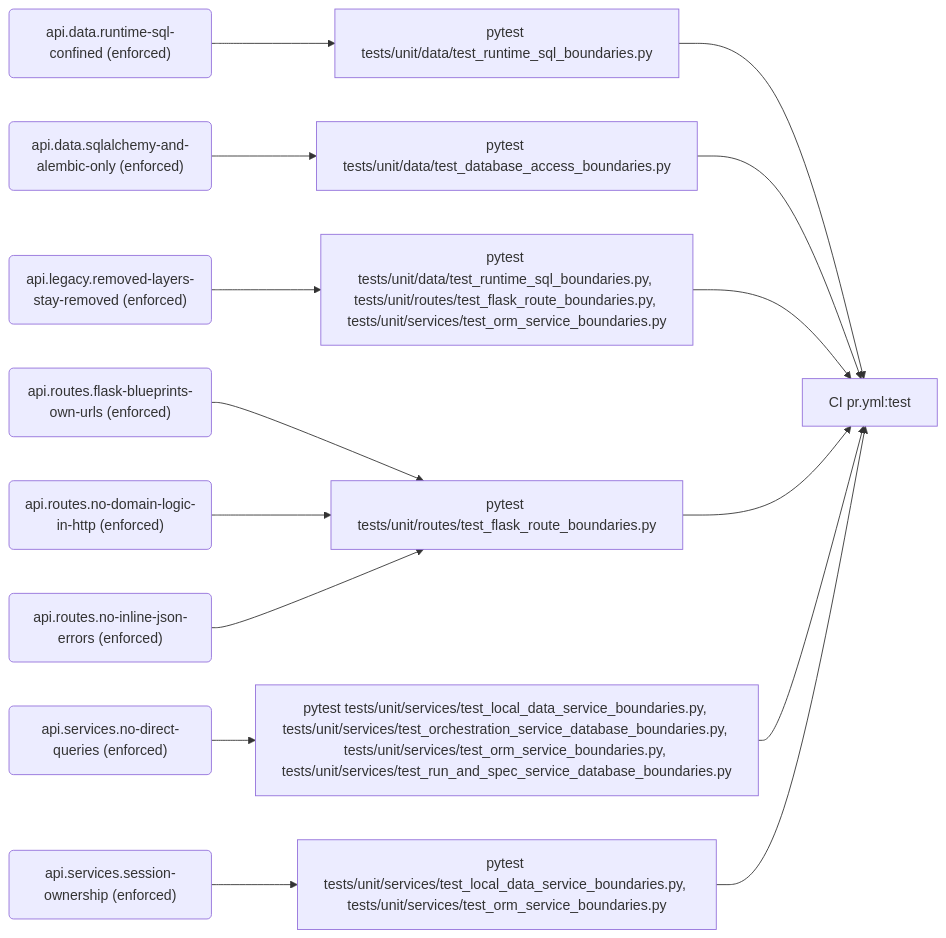
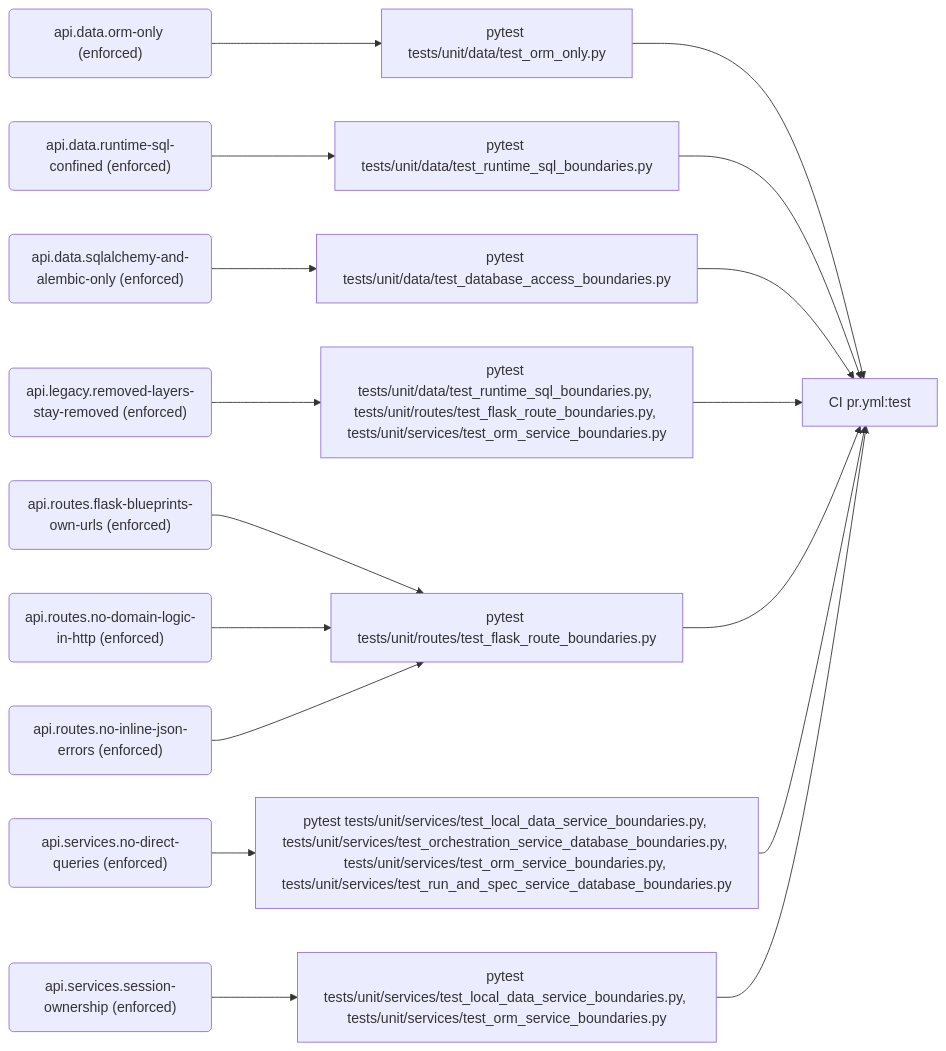
The second of 12 diagrams in docs/generated/rules.md (PolicyEngine/policyengine-api), drawn with Mermaid before and after one commit. The commit also changed other lines of this file and 9 other files, not shown here.

````diff
--- a/docs/generated/rules.md
+++ b/docs/generated/rules.md
@@ -176,32 +178,36 @@
 ```mermaid
 flowchart LR
+  r_api_data_orm_only("api.data.orm-only (enforced)")
+  e_pytest_tests_unit_data_test_orm_only_py["pytest tests/unit/data/test_orm_only.py"]
+  j_CI_pr_yml_test["CI pr.yml:test"]
   r_api_data_runtime_sql_confined("api.data.runtime-sql-confined (enforced)")
   e_pytest_tests_unit_data_test_runtime_sql_boundaries_py["pytest tests/unit/data/test_runtime_sql_boundaries.py"]
-  j_CI_pr_yml_test["CI pr.yml:test"]
   r_api_data_sqlalchemy_and_alembic_only("api.data.sqlalchemy-and-alembic-only (enforced)")
   e_pytest_tests_unit_data_test_database_access_boundaries_py["pytest tests/unit/data/test_database_access_boundaries.py"]
   r_api_legacy_removed_layers_stay_removed("api.legacy.removed-layers-stay-removed (enforced)")
   e_pytest_tests_unit_data_test_runtime_sql_boundaries_py__tests_unit_routes_test_flask_route_boundaries_py__tests_unit_services_test_orm_service_boundaries_py["pytest tests/unit/data/test_runtime_sql_boundaries.py, tests/unit/routes/test_flask_route_boundaries.py, tests/unit/services/test_orm_service_boundaries.py"]
   r_api_routes_flask_blueprints_own_urls("api.routes.flask-blueprints-own-urls (enforced)")
   e_pytest_tests_unit_routes_test_flask_route_boundaries_py["pytest tests/unit/routes/test_flask_route_boundaries.py"]
   r_api_routes_no_domain_logic_in_http("api.routes.no-domain-logic-in-http (enforced)")
   r_api_routes_no_inline_json_errors("api.routes.no-inline-json-errors (enforced)")
   r_api_services_no_direct_queries("api.services.no-direct-queries (enforced)")
   e_pytest_tests_unit_services_test_local_data_service_boundaries_py__tests_unit_services_test_orchestration_service_database_boundaries_py__tests_unit_services_test_orm_service_boundaries_py__tests_unit_services_test_run_and_spec_service_database_boundaries_py["pytest tests/unit/services/test_local_data_service_boundaries.py, tests/unit/services/test_orchestration_service_database_boundaries.py, tests/unit/services/test_orm_service_boundaries.py, tests/unit/services/test_run_and_spec_service_database_boundaries.py"]
   r_api_services_session_ownership("api.services.session-ownership (enforced)")
   e_pytest_tests_unit_services_test_local_data_service_boundaries_py__tests_unit_services_test_orm_service_boundaries_py["pytest tests/unit/services/test_local_data_service_boundaries.py, tests/unit/services/test_orm_service_boundaries.py"]
+  r_api_data_orm_only --> e_pytest_tests_unit_data_test_orm_only_py
+  e_pytest_tests_unit_data_test_orm_only_py --> j_CI_pr_yml_test
   r_api_data_runtime_sql_confined --> e_pytest_tests_unit_data_test_runtime_sql_boundaries_py
   e_pytest_tests_unit_data_test_runtime_sql_boundaries_py --> j_CI_pr_yml_test
   r_api_data_sqlalchemy_and_alembic_only --> e_pytest_tests_unit_data_test_database_access_boundaries_py
   e_pytest_tests_unit_data_test_database_access_boundaries_py --> j_CI_pr_yml_test
   r_api_legacy_removed_layers_stay_removed --> e_pytest_tests_unit_data_test_runtime_sql_boundaries_py__tests_unit_routes_test_flask_route_boundaries_py__tests_unit_services_test_orm_service_boundaries_py
   e_pytest_tests_unit_data_test_runtime_sql_boundaries_py__tests_unit_routes_test_flask_route_boundaries_py__tests_unit_services_test_orm_service_boundaries_py --> j_CI_pr_yml_test
   r_api_routes_flask_blueprints_own_urls --> e_pytest_tests_unit_routes_test_flask_route_boundaries_py
   e_pytest_tests_unit_routes_test_flask_route_boundaries_py --> j_CI_pr_yml_test
   r_api_routes_no_domain_logic_in_http --> e_pytest_tests_unit_routes_test_flask_route_boundaries_py
   r_api_routes_no_inline_json_errors --> e_pytest_tests_unit_routes_test_flask_route_boundaries_py
   r_api_services_no_direct_queries --> e_pytest_tests_unit_services_test_local_data_service_boundaries_py__tests_unit_services_test_orchestration_service_database_boundaries_py__tests_unit_services_test_orm_service_boundaries_py__tests_unit_services_test_run_and_spec_service_database_boundaries_py
   e_pytest_tests_unit_services_test_local_data_service_boundaries_py__tests_unit_services_test_orchestration_service_database_boundaries_py__tests_unit_services_test_orm_service_boundaries_py__tests_unit_services_test_run_and_spec_service_database_boundaries_py --> j_CI_pr_yml_test
   r_api_services_session_ownership --> e_pytest_tests_unit_services_test_local_data_service_boundaries_py__tests_unit_services_test_orm_service_boundaries_py
   e_pytest_tests_unit_services_test_local_data_service_boundaries_py__tests_unit_services_test_orm_service_boundaries_py --> j_CI_pr_yml_test
 ```
````
